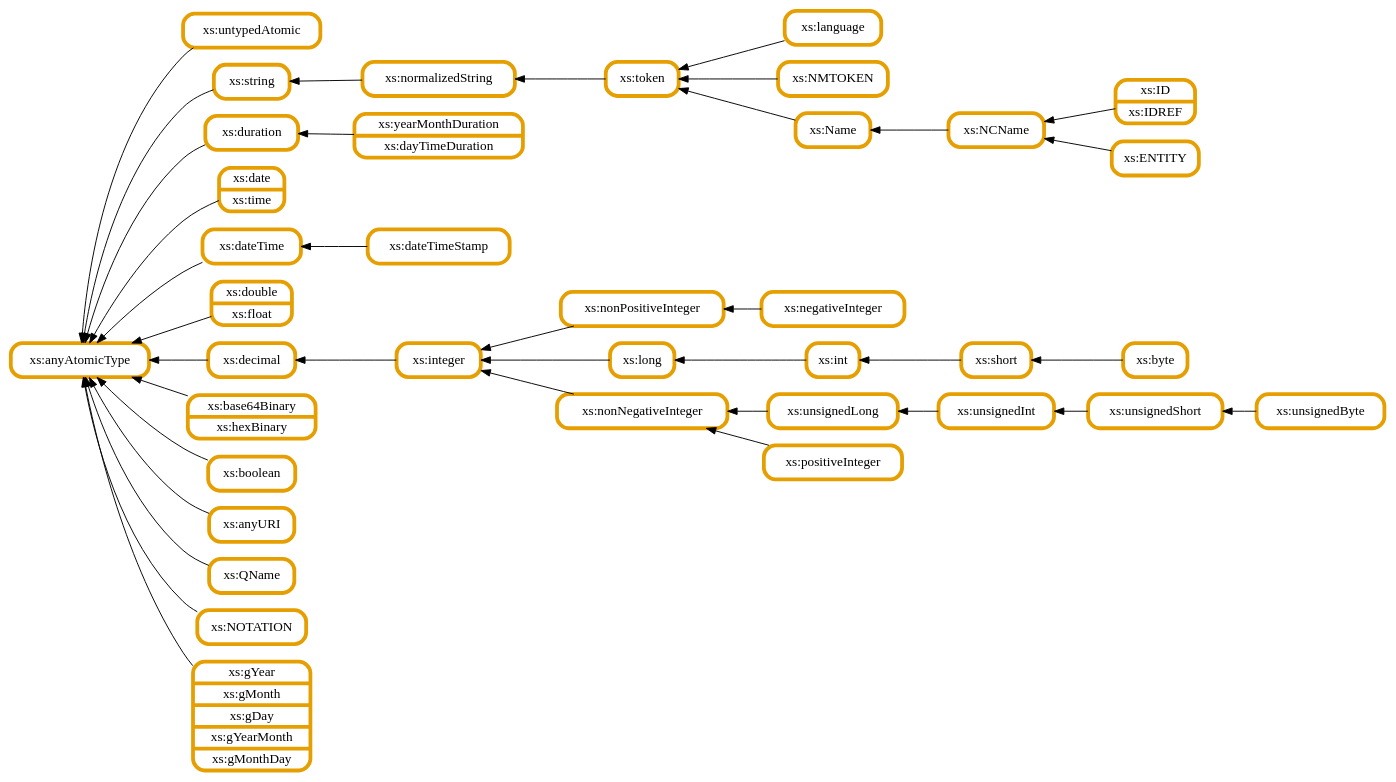
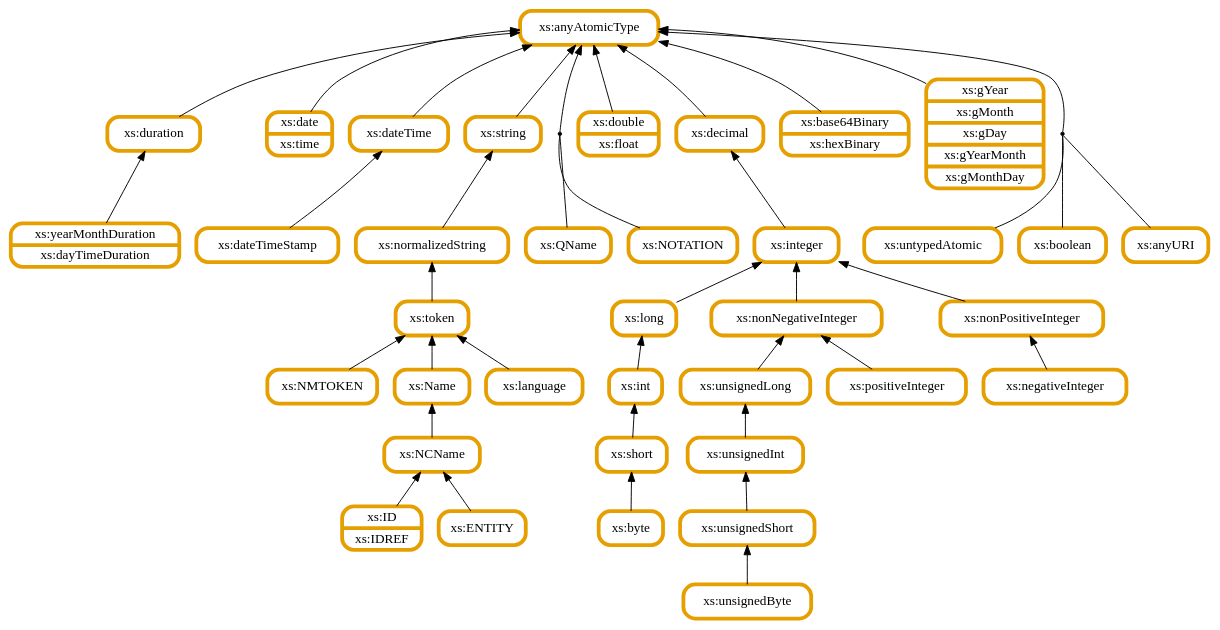
Before and after one commit to qt4cg/qtspecs: the diagram in specifications/xpath-datamodel-40/image-sources/anyAtomicType.dot, drawn with Graphviz. The commit also changed 1 other file, not shown here.

Commit message:
Tweaked anyAtomicType; center legends

```diff
--- a/specifications/xpath-datamodel-40/image-sources/anyAtomicType.dot
+++ b/specifications/xpath-datamodel-40/image-sources/anyAtomicType.dot
@@ -1,122 +1,130 @@
 digraph {
-  rankdir=LR;
 
   anyAtomicType [shape="box", style="rounded",
                  color="#e69f00", penwidth=4,
                  label="xs:anyAtomicType" ]
   untypedAtomic [shape="box", style="rounded",
                  color="#e69f00", penwidth=4,
                  label="xs:untypedAtomic" ]
 
   string [shape="box", style="rounded", color="#e69f00", penwidth=4, label="xs:string" ]
 
   dateTimeStamp [shape="box", style="rounded", color="#e69f00", penwidth=4, label="xs:dateTimeStamp" ]
 
   duration [shape="box", style="rounded", color="#e69f00", penwidth=4, label="xs:duration" ]
-  durationTypes [shape="record", style="rounded", color="#e69f00", penwidth=4, label="xs:yearMonthDuration|xs:dayTimeDuration"];
+  durationTypes [shape="record", style="rounded", color="#e69f00", penwidth=4, label="{xs:yearMonthDuration|xs:dayTimeDuration}"];
   #yearMonthDuration [shape="box", style="rounded", color="#e69f00", penwidth=4, label="xs:yearMonthDuration" ]
   #dayTimeDuration [shape="box", style="rounded", color="#e69f00", penwidth=4, label="xs:dayTimeDuration" ]
 
   integer [shape="box", style="rounded", color="#e69f00", penwidth=4, label="xs:integer" ]
   nonPositiveInteger [shape="box", style="rounded", color="#e69f00", penwidth=4, label="xs:nonPositiveInteger" ]
   negativeInteger [shape="box", style="rounded", color="#e69f00", penwidth=4, label="xs:negativeInteger" ]
   long [shape="box", style="rounded", color="#e69f00", penwidth=4, label="xs:long" ]
   int [shape="box", style="rounded", color="#e69f00", penwidth=4, label="xs:int" ]
   short [shape="box", style="rounded", color="#e69f00", penwidth=4, label="xs:short" ]
   byte [shape="box", style="rounded", color="#e69f00", penwidth=4, label="xs:byte" ]
   nonNegativeInteger [shape="box", style="rounded", color="#e69f00", penwidth=4, label="xs:nonNegativeInteger" ]
   unsignedLong [shape="box", style="rounded", color="#e69f00", penwidth=4, label="xs:unsignedLong" ]
   unsignedInt [shape="box", style="rounded", color="#e69f00", penwidth=4, label="xs:unsignedInt" ]
   unsignedShort [shape="box", style="rounded", color="#e69f00", penwidth=4, label="xs:unsignedShort" ]
   unsignedByte [shape="box", style="rounded", color="#e69f00", penwidth=4, label="xs:unsignedByte" ]
   positiveInteger [shape="box", style="rounded", color="#e69f00", penwidth=4, label="xs:positiveInteger" ]
 
-  dateAndTime [shape="record", style="rounded", color="#e69f00", penwidth=4, label="xs:date|xs:time"];
+  dateAndTime [shape="record", style="rounded", color="#e69f00", penwidth=4, label="{xs:date|xs:time}"];
   #date [shape="box", style="rounded", color="#e69f00", penwidth=4, label="xs:date" ]
   #time [shape="box", style="rounded", color="#e69f00", penwidth=4, label="xs:time" ]
 
   dateTime [shape="box", style="rounded", color="#e69f00", penwidth=4, label="xs:dateTime" ]
 
-  floatingPoint [shape="record", style="rounded", color="#e69f00", penwidth=4, label="xs:double|xs:float"];
+  floatingPoint [shape="record", style="rounded", color="#e69f00", penwidth=4, label="{xs:double|xs:float}"];
   #double [shape="box", style="rounded", color="#e69f00", penwidth=4, label="xs:double" ]
   #float [shape="box", style="rounded", color="#e69f00", penwidth=4, label="xs:float" ]
 
   decimal [shape="box", style="rounded", color="#e69f00", penwidth=4, label="xs:decimal" ]
 
-  binaryTypes [shape="record", style="rounded", color="#e69f00", penwidth=4, label="xs:base64Binary|xs:hexBinary"];
+  binaryTypes [shape="record", style="rounded", color="#e69f00", penwidth=4, label="{xs:base64Binary|xs:hexBinary}"];
   #base64Binary [shape="box", style="rounded", color="#e69f00", penwidth=4, label="xs:base64Binary" ]
   #hexBinary [shape="box", style="rounded", color="#e69f00", penwidth=4, label="xs:hexBinary" ]
 
   boolean [shape="box", style="rounded", color="#e69f00", penwidth=4, label="xs:boolean" ]
 
   normalizedString [shape="box", style="rounded", color="#e69f00", penwidth=4, label="xs:normalizedString" ]
   token [shape="box", style="rounded", color="#e69f00", penwidth=4, label="xs:token" ]
   language [shape="box", style="rounded", color="#e69f00", penwidth=4, label="xs:language" ]
   NMTOKEN [shape="box", style="rounded", color="#e69f00", penwidth=4, label="xs:NMTOKEN" ]
   Name [shape="box", style="rounded", color="#e69f00", penwidth=4, label="xs:Name" ]
   NCName [shape="box", style="rounded", color="#e69f00", penwidth=4, label="xs:NCName" ]
 
-  idTypes [shape="record", style="rounded", color="#e69f00", penwidth=4, label="xs:ID|xs:IDREF"];
+  idTypes [shape="record", style="rounded", color="#e69f00", penwidth=4, label="{xs:ID|xs:IDREF}"];
   #ID [shape="box", style="rounded", color="#e69f00", penwidth=4, label="xs:ID" ]
   #IDREF [shape="box", style="rounded", color="#e69f00", penwidth=4, label="xs:IDREF" ]
   ENTITY [shape="box", style="rounded", color="#e69f00", penwidth=4, label="xs:ENTITY" ]
 
   anyURI [shape="box", style="rounded", color="#e69f00", penwidth=4, label="xs:anyURI" ]
   QName [shape="box", style="rounded", color="#e69f00", penwidth=4, label="xs:QName" ]
   NOTATION [shape="box", style="rounded", color="#e69f00", penwidth=4, label="xs:NOTATION" ]
 
-  gDateTypes [shape="record", style="rounded", color="#e69f00", penwidth=4, label="xs:gYear|xs:gMonth|xs:gDay|xs:gYearMonth|xs:gMonthDay"];
+  gDateTypes [shape="record", style="rounded", color="#e69f00", penwidth=4, label="{xs:gYear|xs:gMonth|xs:gDay|xs:gYearMonth|xs:gMonthDay}"];
   #gYearMonth [shape="box", style="rounded", color="#e69f00", penwidth=4, label="xs:gYearMonth" ]
   #gYear [shape="box", style="rounded", color="#e69f00", penwidth=4, label="xs:gYear" ]
   #gMonthDay [shape="box", style="rounded", color="#e69f00", penwidth=4, label="xs:gMonthDay" ]
   #gDay [shape="box", style="rounded", color="#e69f00", penwidth=4, label="xs:gDay" ]
   #gMonth [shape="box", style="rounded", color="#e69f00", penwidth=4, label="xs:gMonth" ]
 
-  anyAtomicType -> { boolean untypedAtomic
-                     gDateTypes binaryTypes dateAndTime floatingPoint
-                     anyURI QName NOTATION
+  anyAtomicType -> { gDateTypes binaryTypes dateAndTime floatingPoint
+                     XXX ZZZ
                      dateTime duration decimal string } [dir=back ]
+
+  XXX -> { QName NOTATION } [dir=back, dir=none ]
+  ZZZ -> { boolean untypedAtomic anyURI } [dir=back, dir=none ]
+
+  XXX [ shape="point"; label="" ]
+  ZZZ [ shape="point"; label="" ]
+
+  { rank=same;
+    dateTime -> string -> XXX [style=invis] }
+
 
 #  date -> anyAtomicType [dir=back]
 #  time -> anyAtomicType [dir=back]
 #  double -> anyAtomicType [dir=back]
 #  float -> anyAtomicType [dir=back]
 #  gYearMonth -> anyAtomicType [dir=back]
 #  gYear -> anyAtomicType [dir=back]
 #  gMonthDay -> anyAtomicType [dir=back]
 #  gMonth -> anyAtomicType [dir=back]
 #  gDay -> anyAtomicType [dir=back]
 #  hexBinary -> anyAtomicType [dir=back]
 #  base64Binary -> anyAtomicType [dir=back]
 
-  { rank=same;
-    dateTime;
-    duration;
-    string;
-    decimal;
-    boolean;
-    anyURI;
-    QName;
-    NOTATION;
-  }
+#  { rank=same;
+#    dateTime;
+#    duration;
+#    string;
+#    decimal;
+#    boolean;
+#    anyURI;
+#    QName;
+#    NOTATION;
+#  }
 
   dateTime -> dateTimeStamp [dir=back ]
   duration -> durationTypes [dir=back ]
   decimal -> integer [dir=back ]
   integer -> {nonPositiveInteger long nonNegativeInteger } [dir=back ]
   nonPositiveInteger -> negativeInteger [dir=back ]
   long -> int [dir=back ]
   int -> short [dir=back ]
   short -> byte [dir=back ]
   nonNegativeInteger -> {unsignedLong positiveInteger} [dir=back ]
   unsignedLong -> unsignedInt [dir=back ]
   unsignedInt -> unsignedShort [dir=back ]
   unsignedShort -> unsignedByte [dir=back ]
 
   string -> normalizedString [dir=back ]
   normalizedString -> token [dir=back ]
   token -> {language NMTOKEN Name} [dir=back ]
   Name -> NCName [dir=back ]
   NCName -> {idTypes ENTITY} [dir=back ]
 
 }
```
